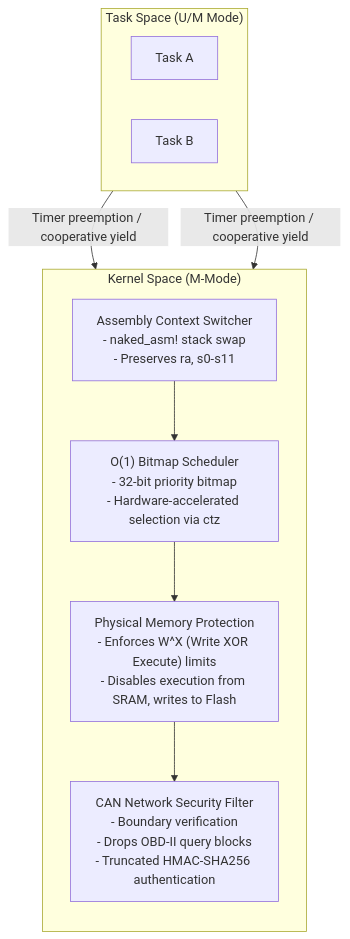
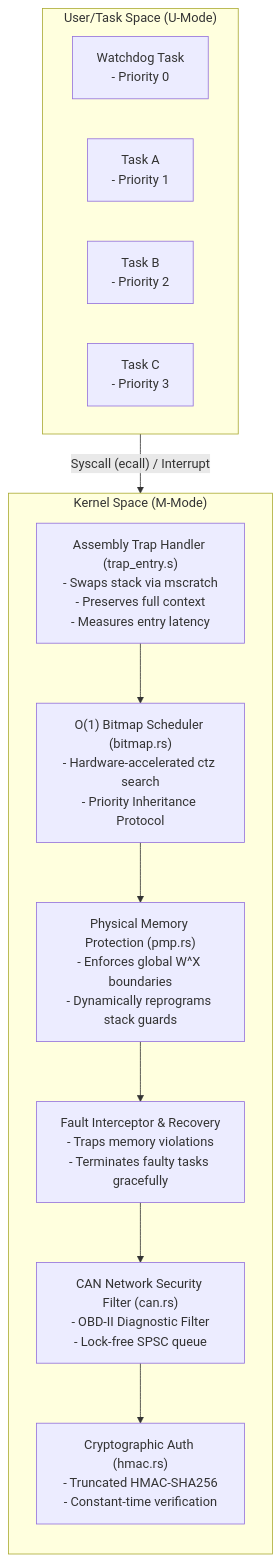
Before and after one commit to s7g4/cerberus-os: the diagram in ARCHITECTURE.md, drawn with Mermaid. The commit also changed other lines of this file and 8 other files, not shown here.

````diff
--- a/ARCHITECTURE.md
+++ b/ARCHITECTURE.md
@@ -4,29 +7,35 @@
 ```mermaid
 flowchart TB
 
-    subgraph TS["Task Space (U/M Mode)"]
+    subgraph TS["User/Task Space (U-Mode)"]
         direction LR
-
-        A["Task A"]
-        B["Task B"]
+        WDTask["Watchdog Task<br/>- Priority 0"]
+        TaskA["Task A<br/>- Priority 1"]
+        TaskB["Task B<br/>- Priority 2"]
+        TaskC["Task C<br/>- Priority 3"]
     end
 
-    A -->|"Timer preemption / cooperative yield"| KS
-    B -->|"Timer preemption / cooperative yield"| KS
+    TS -->|"Syscall (ecall) / Interrupt"| KS
 
     subgraph KS["Kernel Space (M-Mode)"]
         direction TB
 
-        CS["Assembly Context Switcher<br/>- naked_asm! stack swap<br/>- Preserves ra, s0-s11"]
+        CS["Assembly Trap Handler (trap_entry.s)<br/>- Swaps stack via mscratch<br/>- Preserves full context<br/>- Measures entry latency"]
 
-        SCH["O(1) Bitmap Scheduler<br/>- 32-bit priority bitmap<br/>- Hardware-accelerated selection via ctz"]
+        SCH["O(1) Bitmap Scheduler (bitmap.rs)<br/>- Hardware-accelerated ctz search<br/>- Priority Inheritance Protocol"]
 
-        PMP["Physical Memory Protection<br/>- Enforces W^X (Write XOR Execute) limits<br/>- Disables execution from SRAM, writes to Flash"]
+        PMP["Physical Memory Protection (pmp.rs)<br/>- Enforces global W^X boundaries<br/>- Dynamically reprograms stack guards"]
 
-        CAN["CAN Network Security Filter<br/>- Boundary verification<br/>- Drops OBD-II query blocks<br/>- Truncated HMAC-SHA256 authentication"]
+        EX["Fault Interceptor & Recovery<br/>- Traps memory violations<br/>- Terminates faulty tasks gracefully"]
+
+        CAN["CAN Network Security Filter (can.rs)<br/>- OBD-II Diagnostic Filter<br/>- Lock-free SPSC queue"]
+
+        HMAC["Cryptographic Auth (hmac.rs)<br/>- Truncated HMAC-SHA256<br/>- Constant-time verification"]
 
         CS --> SCH
         SCH --> PMP
-        PMP --> CAN
+        PMP --> EX
+        EX --> CAN
+        CAN --> HMAC
     end
 ```
````
